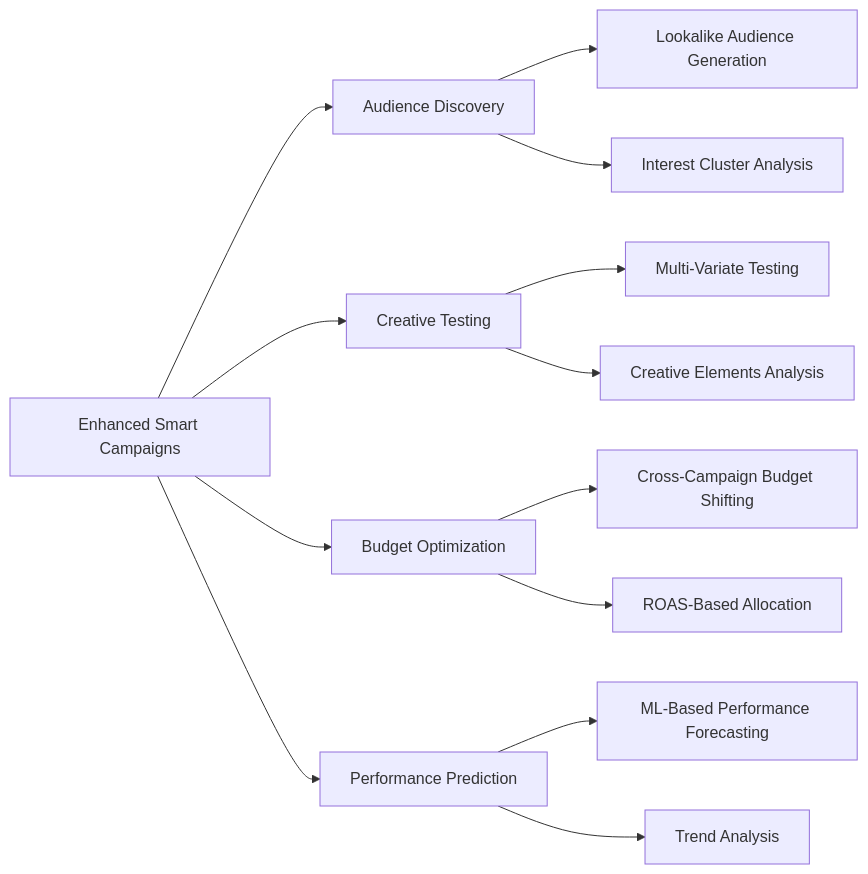
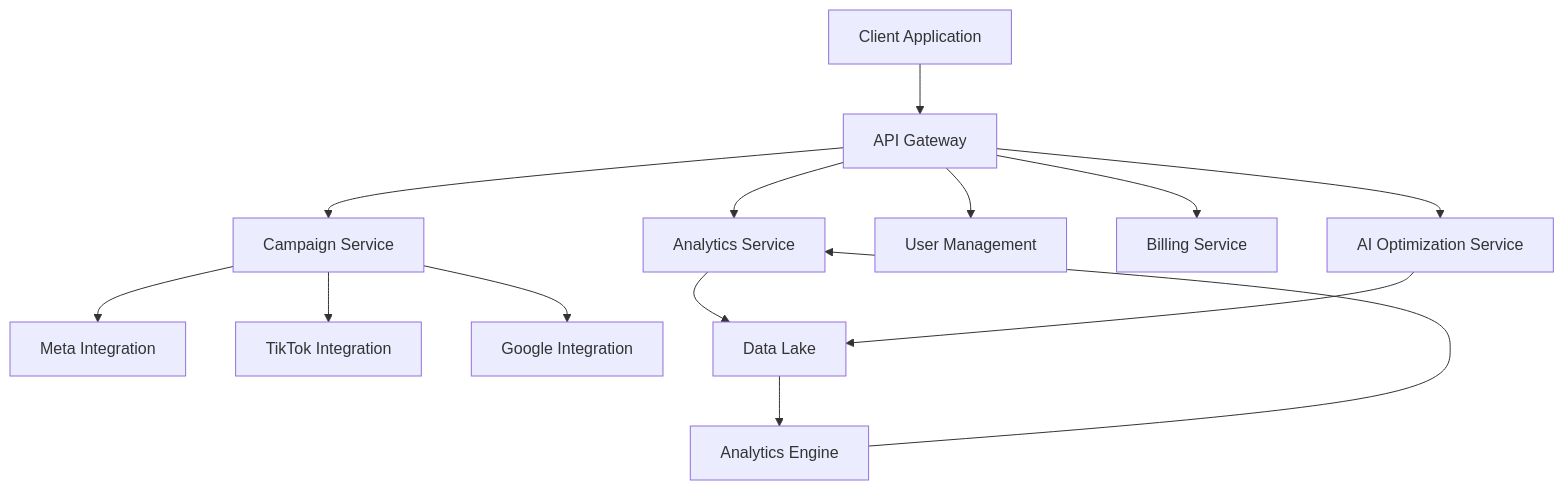
The first of 4 diagrams in README.md (Yengner/DeepVisor), drawn with Mermaid before and after one commit. The commit also changed other lines of this file, not shown here.

````diff
--- a/README.md
+++ b/README.md
@@ -38,19 +71,20 @@
 ```mermaid
-graph LR
-    A[Enhanced Smart Campaigns] --> B[Audience Discovery]
-    A --> C[Creative Testing]
-    A --> D[Budget Optimization]
-    A --> E[Performance Prediction]
+graph TD
+    A[Client Application] --> B[API Gateway]
     
-    B --> B1[Lookalike Audience Generation]
-    B --> B2[Interest Cluster Analysis]
+    B --> C[Campaign Service]
+    B --> D[Analytics Service]
+    B --> E[User Management]
+    B --> F[Billing Service]
+    B --> G[AI Optimization Service]
     
-    C --> C1[Multi-Variate Testing]
-    C --> C2[Creative Elements Analysis]
+    C --> H[Meta Integration]
+    C --> I[TikTok Integration]
+    C --> J[Google Integration]
     
-    D --> D1[Cross-Campaign Budget Shifting]
-    D --> D2[ROAS-Based Allocation]
+    D --> K[Data Lake]
+    G --> K
     
-    E --> E1[ML-Based Performance Forecasting]
-    E --> E2[Trend Analysis]
+    K --> L[Analytics Engine]
+    L --> D
 ```
````
